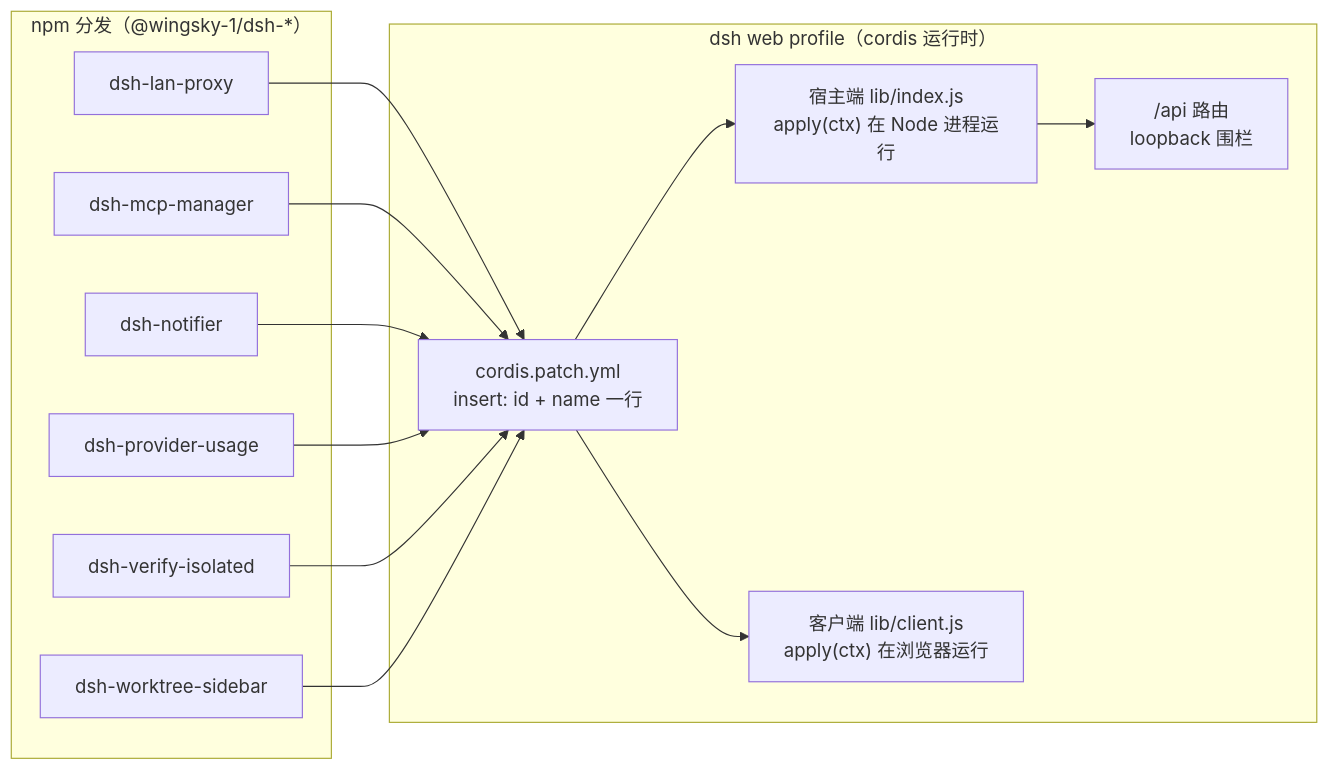
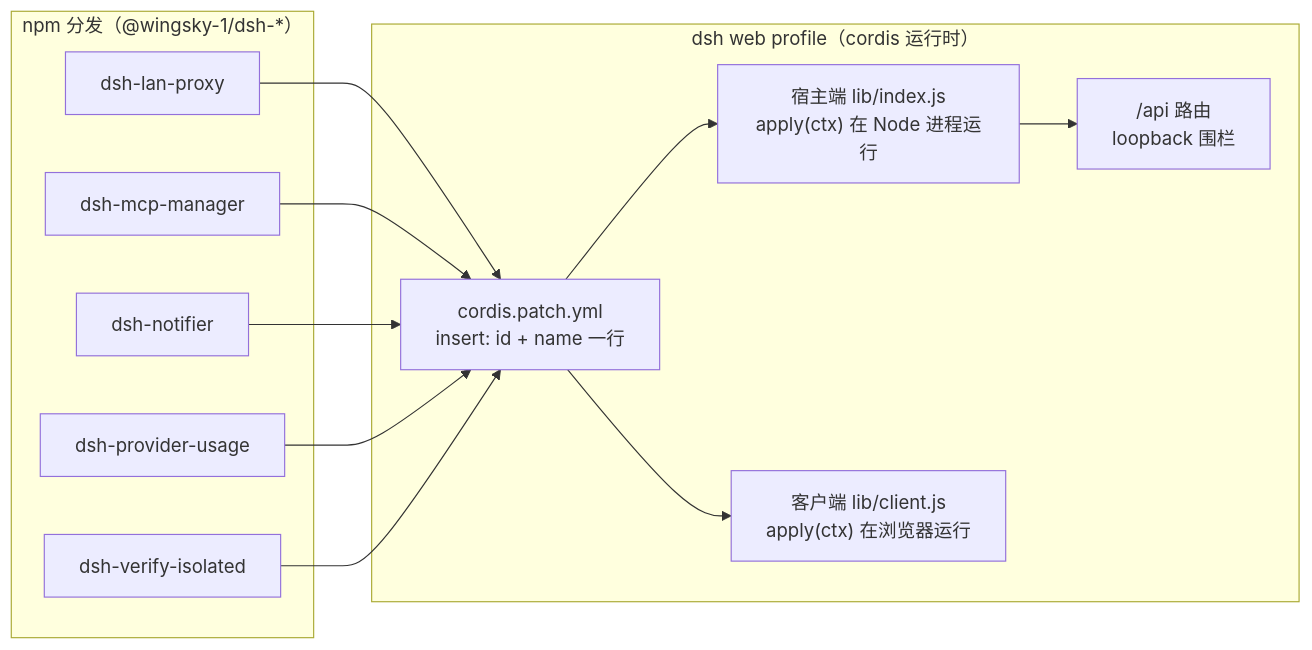
Before and after one commit to wingsky-1/dsh-plugin-hub: the diagram in docs/architecture/README.md, drawn with Mermaid. The commit also changed other lines of this file and 281 other files, not shown here.

Commit message:
refactor(plugins): retire decision gateway and worktree sidebar

````diff
--- a/docs/architecture/README.md
+++ b/docs/architecture/README.md
@@ -34,28 +32,26 @@
 ```mermaid
 flowchart LR
     subgraph npm["npm 分发（@wingsky-1/dsh-*）"]
         P1["dsh-lan-proxy"]
         P2["dsh-mcp-manager"]
         P3["dsh-notifier"]
         P4["dsh-provider-usage"]
         P5["dsh-verify-isolated"]
-        P6["dsh-worktree-sidebar"]
     end
 
     subgraph profile["dsh web profile（cordis 运行时）"]
         CORDIS["cordis.patch.yml<br/>insert: id + name 一行"]
         HOST["宿主端 lib/index.js<br/>apply(ctx) 在 Node 进程运行"]
         CLIENT["客户端 lib/client.js<br/>apply(ctx) 在浏览器运行"]
         ROUTES["/api 路由<br/>loopback 围栏"]
         CORDIS --> HOST
         CORDIS --> CLIENT
         HOST --> ROUTES
     end
 
     P1 --> CORDIS
     P2 --> CORDIS
     P3 --> CORDIS
     P4 --> CORDIS
     P5 --> CORDIS
-    P6 --> CORDIS
 ```
````
